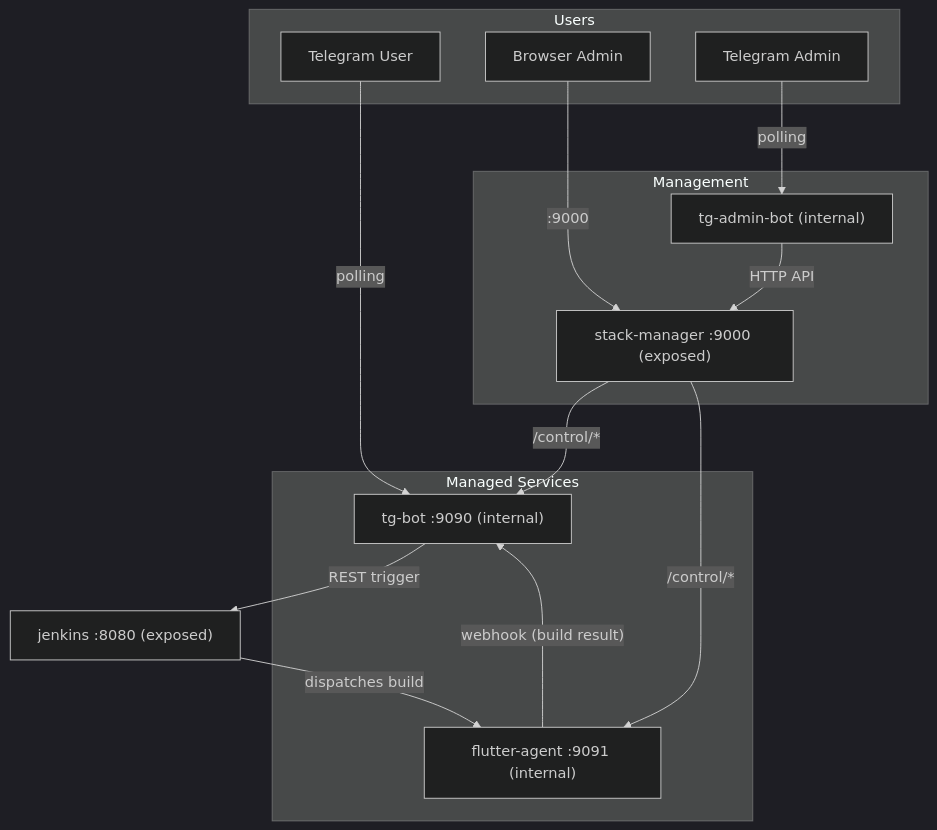
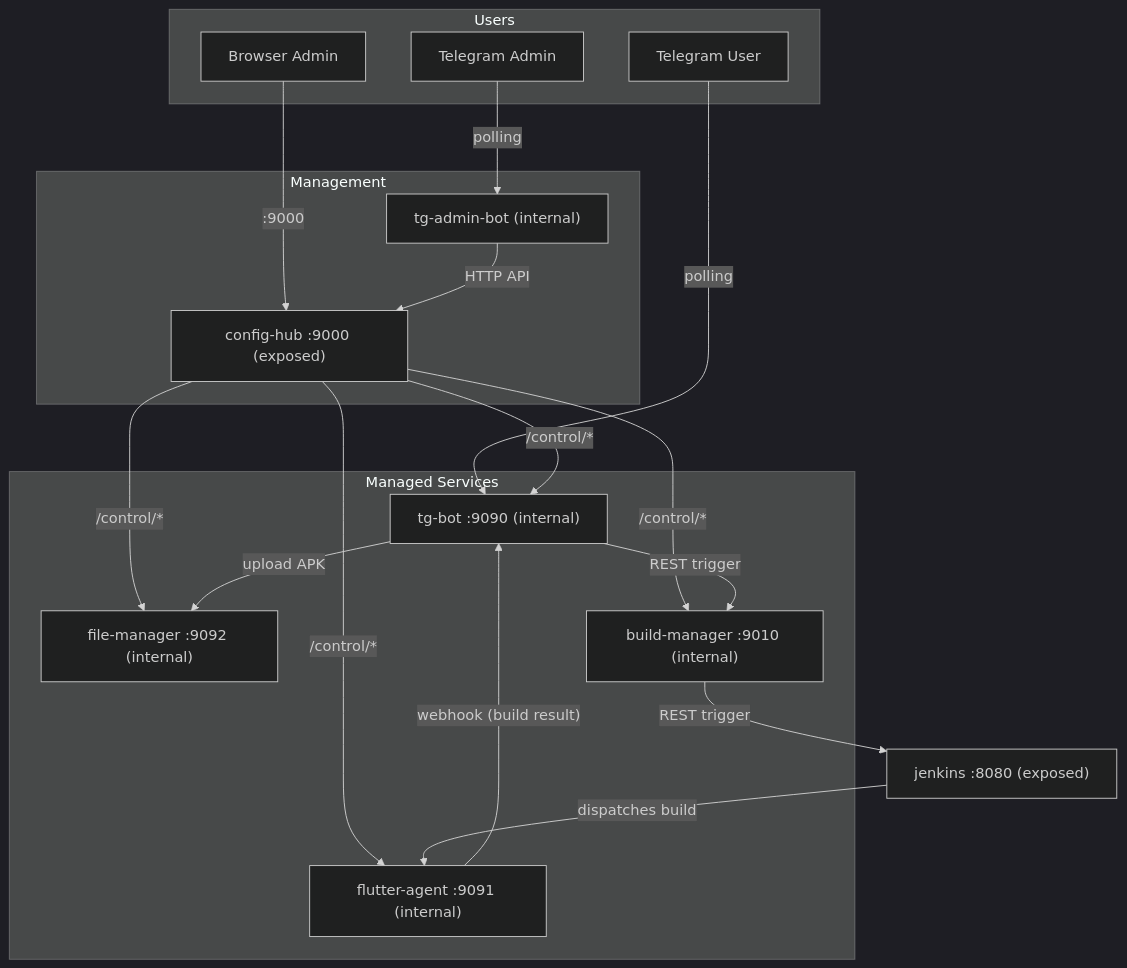
Before and after one commit to VinhNgT/jenkins-flutter-bot: the diagram in README.md, drawn with Mermaid (dark theme). The commit also changed other lines of this file and 12 other files, not shown here.

````diff
--- a/README.md
+++ b/README.md
@@ -13,32 +13,38 @@
 ```mermaid
 graph TD
     subgraph Users
         TU["Telegram User"]
         BA["Browser Admin"]
         TA["Telegram Admin"]
     end
 
     subgraph Management
-        SM["stack-manager :9000 (exposed)"]
+        CH["config-hub :9000 (exposed)"]
         TAB["tg-admin-bot (internal)"]
     end
 
     subgraph Managed Services
         BOT["tg-bot :9090 (internal)"]
         AGT["flutter-agent :9091 (internal)"]
+        FM["file-manager :9092 (internal)"]
+        BM["build-manager :9010 (internal)"]
     end
 
     JNK["jenkins :8080 (exposed)"]
 
     TU -- polling --> BOT
-    BA -- ":9000" --> SM
+    BA -- ":9000" --> CH
     TA -- polling --> TAB
 
-    SM -- "/control/*" --> BOT
-    SM -- "/control/*" --> AGT
-    TAB -- "HTTP API" --> SM
+    CH -- "/control/*" --> BOT
+    CH -- "/control/*" --> AGT
+    CH -- "/control/*" --> FM
+    CH -- "/control/*" --> BM
+    TAB -- "HTTP API" --> CH
 
-    BOT -- "REST trigger" --> JNK
+    BOT -- "REST trigger" --> BM
+    BM -- "REST trigger" --> JNK
     JNK -- "dispatches build" --> AGT
     AGT -- "webhook (build result)" --> BOT
+    BOT -- "upload APK" --> FM
 ```
````
